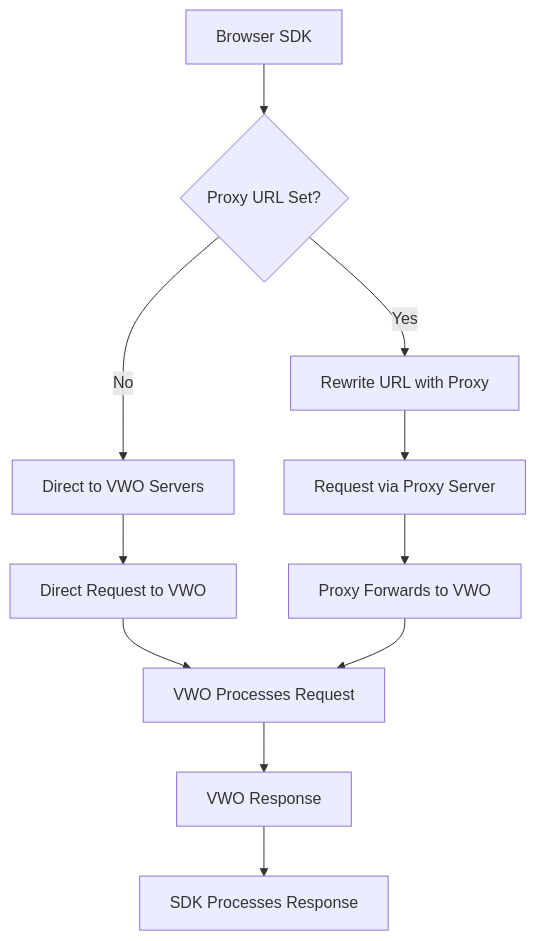
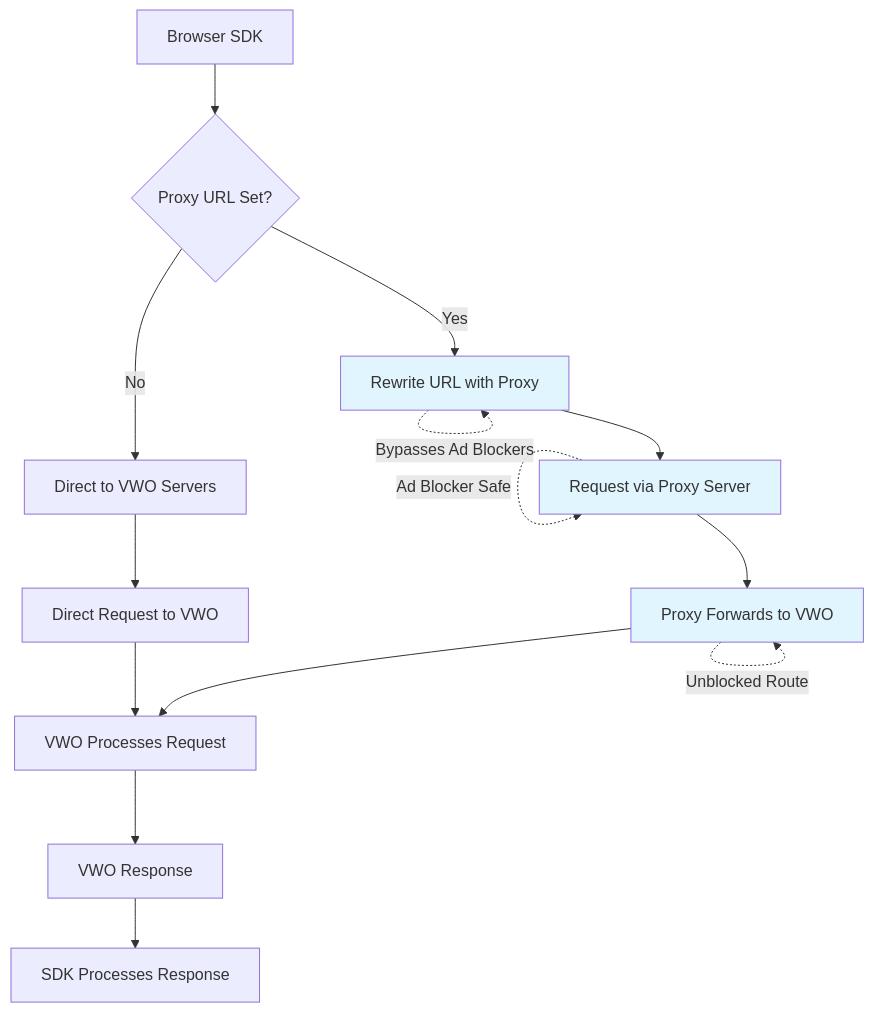
Before and after one commit to wingify/readme-central: the diagram in docs/SDK Reference/mobile-sdks/fme-javascript/proxy-url-support.md, drawn with Mermaid.

Commit message:
Update doc `proxy-url-support`

````diff
--- a/docs/SDK Reference/mobile-sdks/fme-javascript/proxy-url-support.md
+++ b/docs/SDK Reference/mobile-sdks/fme-javascript/proxy-url-support.md
@@ -34,16 +34,24 @@
 ```mermaid
 graph TD
     A[Browser SDK] --> B{Proxy URL Set?}
     B -->|Yes| C[Rewrite URL with Proxy]
     B -->|No| D[Direct to VWO Servers]
     
     C --> E[Request via Proxy Server]
     D --> F[Direct Request to VWO]
     
     E --> G[Proxy Forwards to VWO]
     F --> H[VWO Processes Request]
     
     G --> H
     H --> I[VWO Response]
     I --> J[SDK Processes Response]
+    
+    style C fill:#e1f5fe
+    style E fill:#e1f5fe
+    style G fill:#e1f5fe
+    
+    C -.->|"Bypasses Ad Blockers"| C
+    E -.->|"Ad Blocker Safe"| E
+    G -.->|"Unblocked Route"| G
 ```
````
